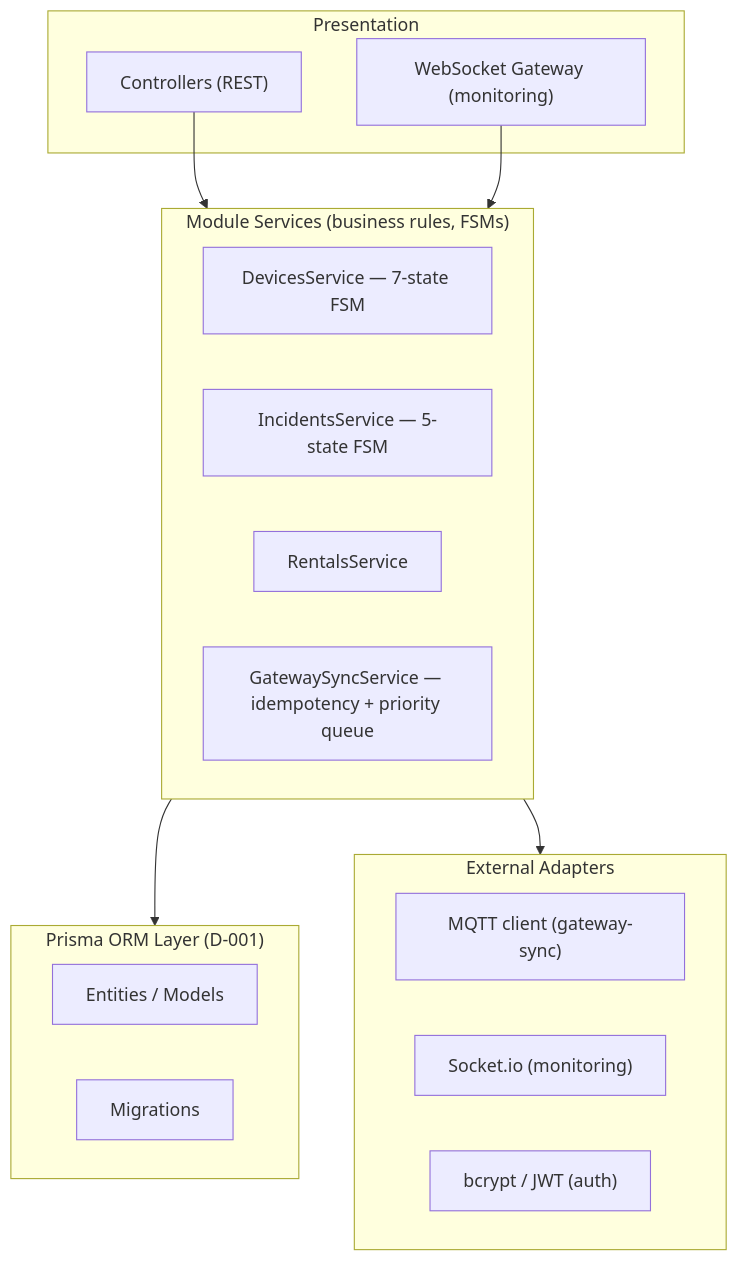
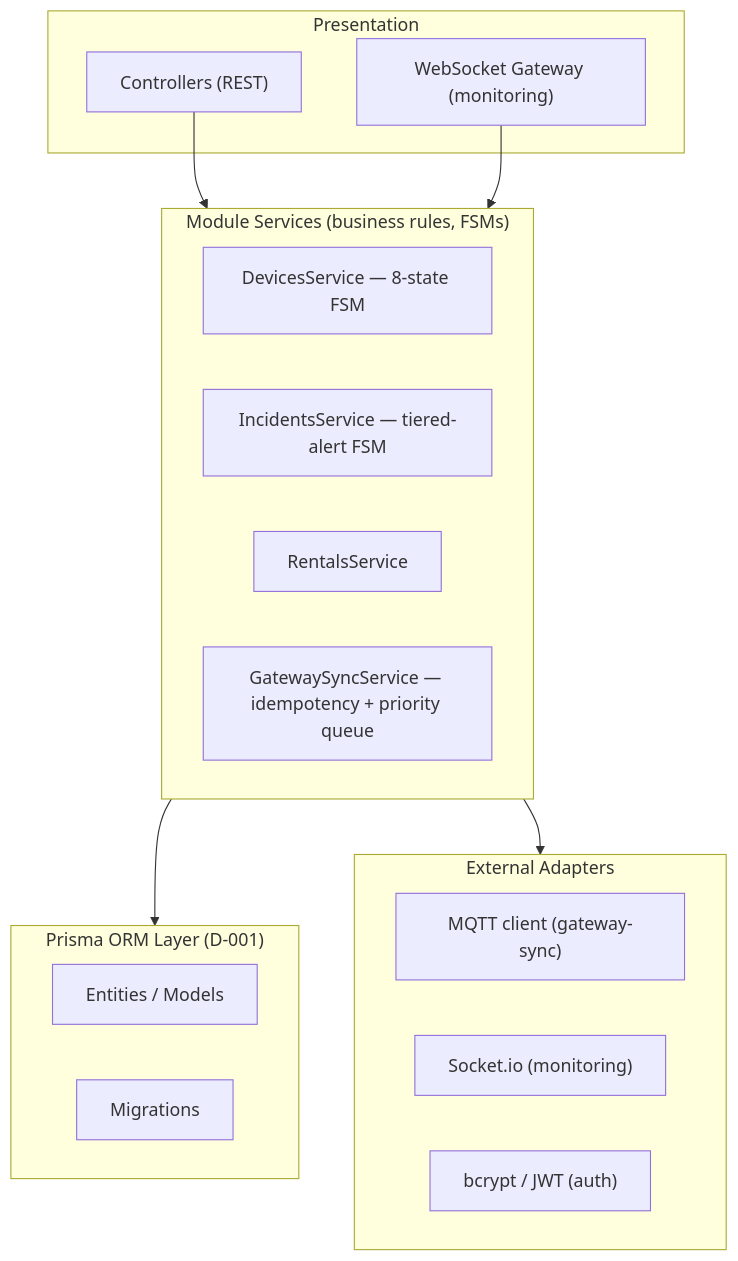
One commit to TrekLink-Team/treklink-docs changed the diagram in _docs/01-conventions/04-architecture-conventions.md. Above: the diagram before and after it, drawn with Mermaid. The commit also changed other lines of this file and 8 other files, not shown here.

````diff
--- a/_docs/01-conventions/04-architecture-conventions.md
+++ b/_docs/01-conventions/04-architecture-conventions.md
@@ -59,26 +75,26 @@
 ```mermaid
 flowchart TD
     subgraph Presentation
         C1["Controllers (REST)"]
         C2["WebSocket Gateway (monitoring)"]
     end
     subgraph AppLayer["Module Services (business rules, FSMs)"]
-        A1["DevicesService — 7-state FSM"]
-        A2["IncidentsService — 5-state FSM"]
+        A1["DevicesService — 8-state FSM"]
+        A2["IncidentsService — tiered-alert FSM"]
         A3["RentalsService"]
         A4["GatewaySyncService — idempotency + priority queue"]
     end
     subgraph Persistence["Prisma ORM Layer (D-001)"]
         P1["Entities / Models"]
         P2["Migrations"]
     end
     subgraph External["External Adapters"]
         E1["MQTT client (gateway-sync)"]
         E2["Socket.io (monitoring)"]
         E3["bcrypt / JWT (auth)"]
     end
     C1 --> AppLayer
     C2 --> AppLayer
     AppLayer --> Persistence
     AppLayer --> External
 ```
````
